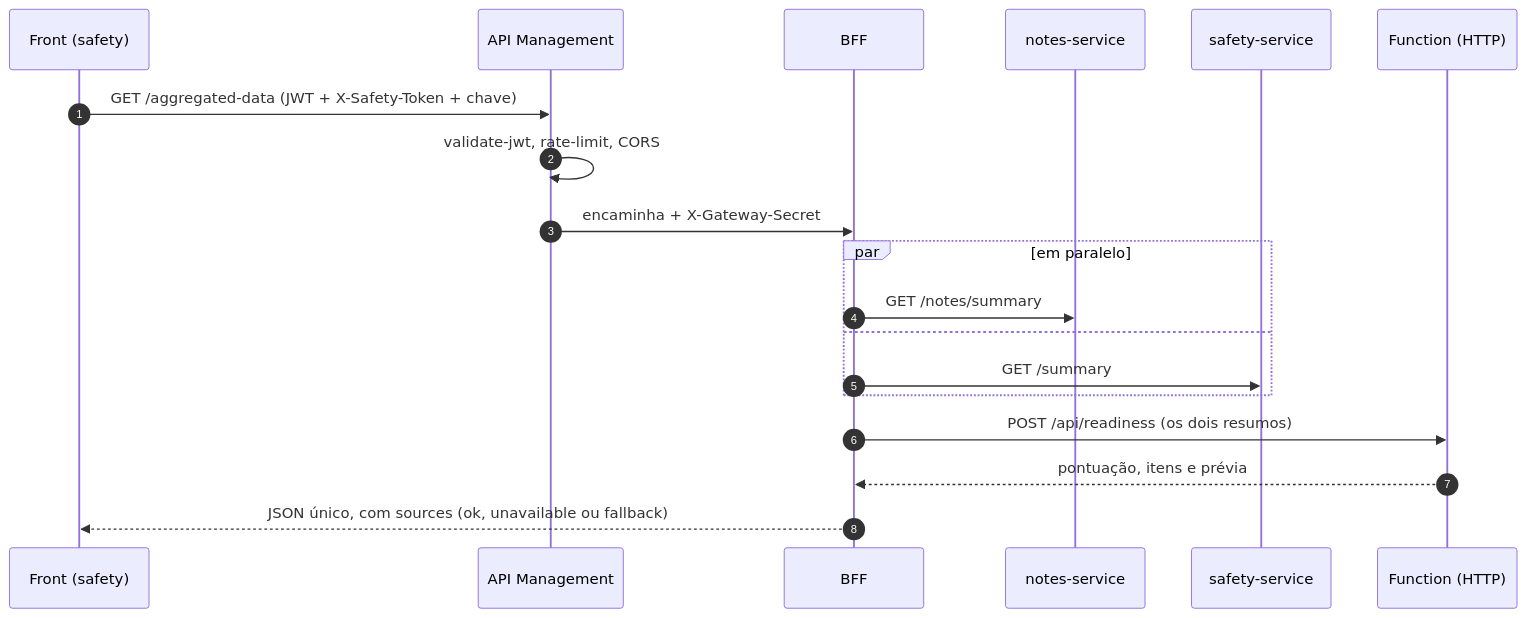
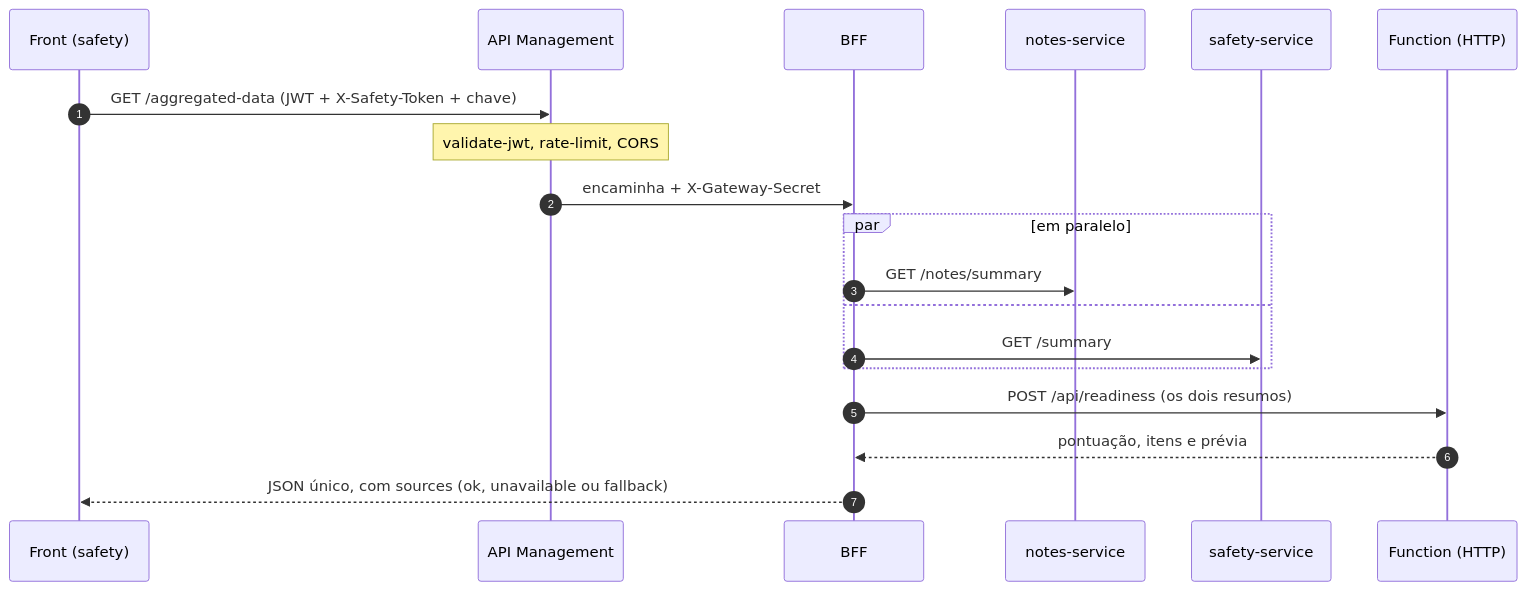
One commit to Carloslgp/Ghosty_App_Web changed the first of 4 diagrams in ghosty-docs/arc42/arc42.md. Above: the diagram before and after it, drawn with Mermaid. The commit also changed other lines of this file and 3 other files, not shown here.

First line of the commit message:
docs(DOC-05): diagramas do C4 e de sequência sem sobreposição no PDF

````diff
--- a/ghosty-docs/arc42/arc42.md
+++ b/ghosty-docs/arc42/arc42.md
@@ -124,21 +124,21 @@
 ```mermaid
 sequenceDiagram
   autonumber
   participant F as Front (safety)
   participant G as API Management
   participant B as BFF
   participant N as notes-service
   participant S as safety-service
   participant FN as Function (HTTP)
   F->>G: GET /aggregated-data (JWT + X-Safety-Token + chave)
-  G->>G: validate-jwt, rate-limit, CORS
+  Note over G: validate-jwt, rate-limit, CORS
   G->>B: encaminha + X-Gateway-Secret
   par em paralelo
     B->>N: GET /notes/summary
   and
     B->>S: GET /summary
   end
   B->>FN: POST /api/readiness (os dois resumos)
   FN-->>B: pontuação, itens e prévia
   B-->>F: JSON único, com sources (ok, unavailable ou fallback)
 ```
````
